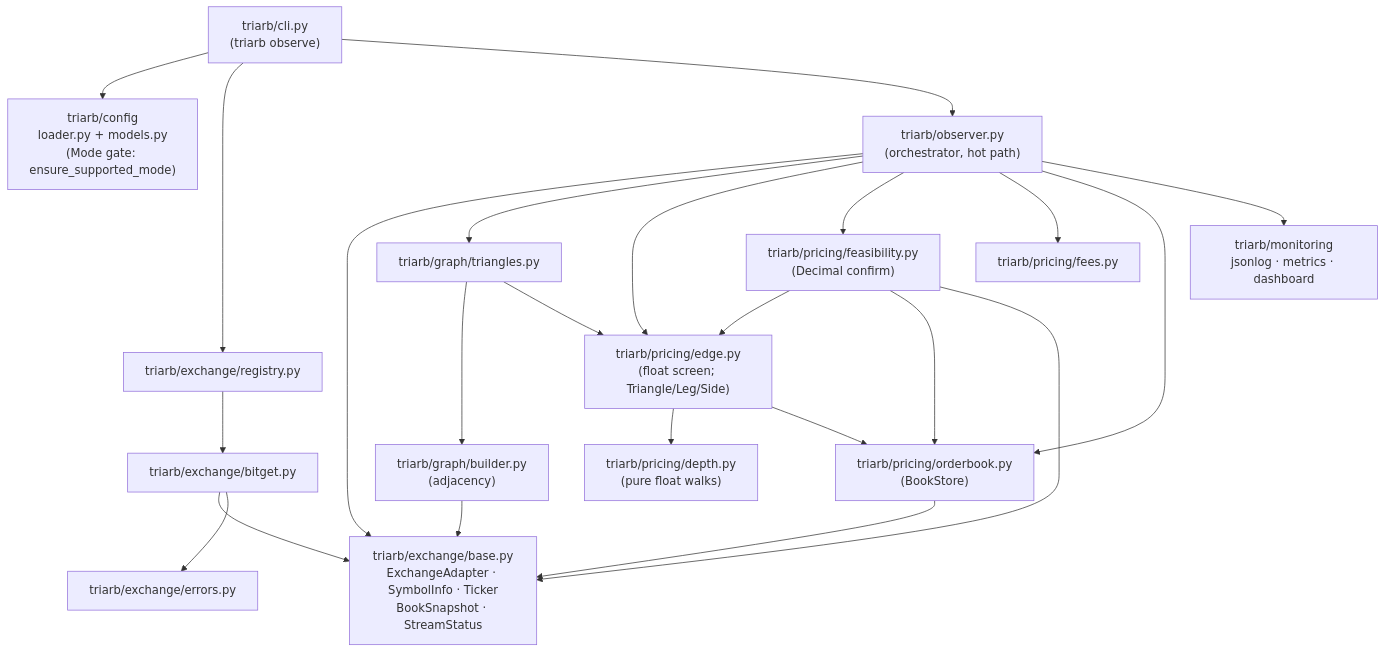
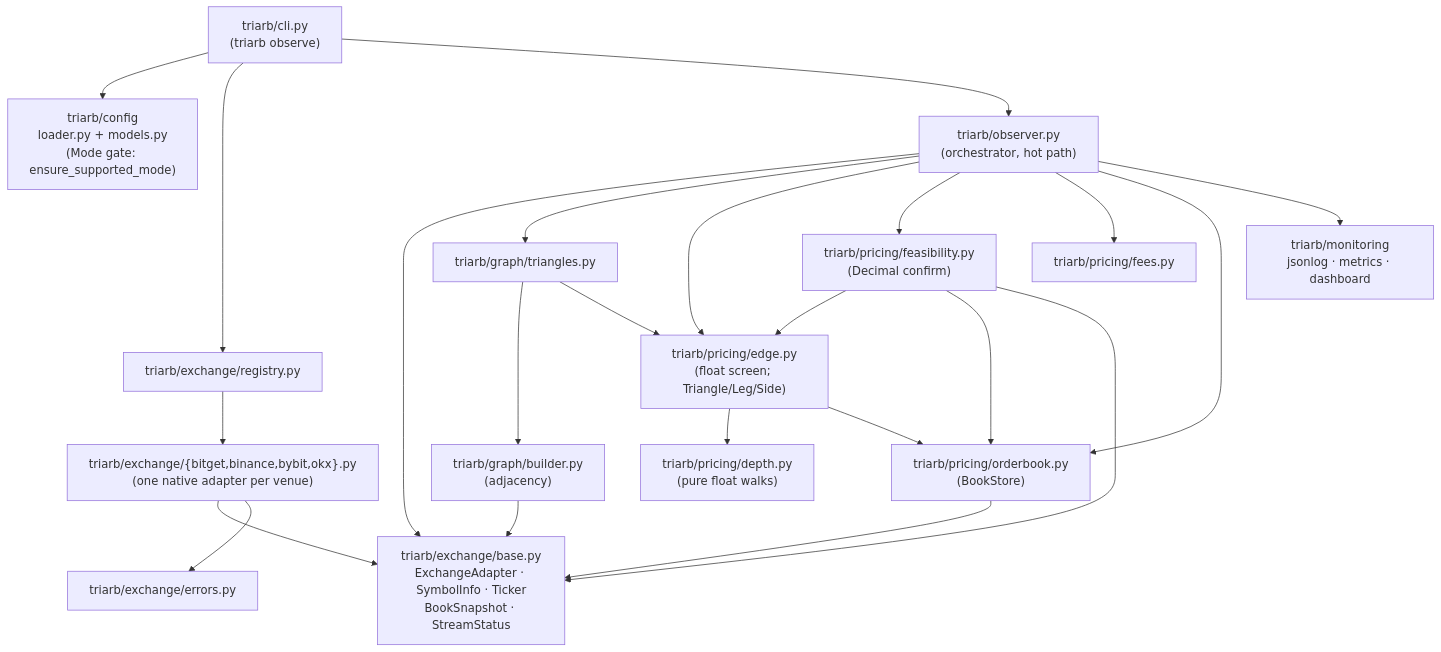
The diagram in docs/ARCHITECTURE.md (erwingarcia1/minas-ai-triangle-arbitrage-bot), drawn with Mermaid before and after one commit. The commit also changed other lines of this file and 7 other files, not shown here.

````diff
--- a/docs/ARCHITECTURE.md
+++ b/docs/ARCHITECTURE.md
@@ -73,25 +73,25 @@
 ```mermaid
 graph TD
     cli["triarb/cli.py<br/>(triarb observe)"] --> config["triarb/config<br/>loader.py + models.py<br/>(Mode gate: ensure_supported_mode)"]
     cli --> registry["triarb/exchange/registry.py"]
     cli --> observer["triarb/observer.py<br/>(orchestrator, hot path)"]
-    registry --> bitget["triarb/exchange/bitget.py"]
-    bitget --> base["triarb/exchange/base.py<br/>ExchangeAdapter · SymbolInfo · Ticker<br/>BookSnapshot · StreamStatus"]
-    bitget --> errors["triarb/exchange/errors.py"]
+    registry --> adapters["triarb/exchange/{bitget,binance,bybit,okx}.py<br/>(one native adapter per venue)"]
+    adapters --> base["triarb/exchange/base.py<br/>ExchangeAdapter · SymbolInfo · Ticker<br/>BookSnapshot · StreamStatus"]
+    adapters --> errors["triarb/exchange/errors.py"]
     observer --> base
     observer --> triangles["triarb/graph/triangles.py"]
     observer --> edge["triarb/pricing/edge.py<br/>(float screen; Triangle/Leg/Side)"]
     observer --> feas["triarb/pricing/feasibility.py<br/>(Decimal confirm)"]
     observer --> fees["triarb/pricing/fees.py"]
     observer --> store["triarb/pricing/orderbook.py<br/>(BookStore)"]
     observer --> mon["triarb/monitoring<br/>jsonlog · metrics · dashboard"]
     triangles --> builder["triarb/graph/builder.py<br/>(adjacency)"]
     triangles --> edge
     builder --> base
     edge --> depth["triarb/pricing/depth.py<br/>(pure float walks)"]
     edge --> store
     feas --> edge
     feas --> store
     feas --> base
     store --> base
 ```
````
